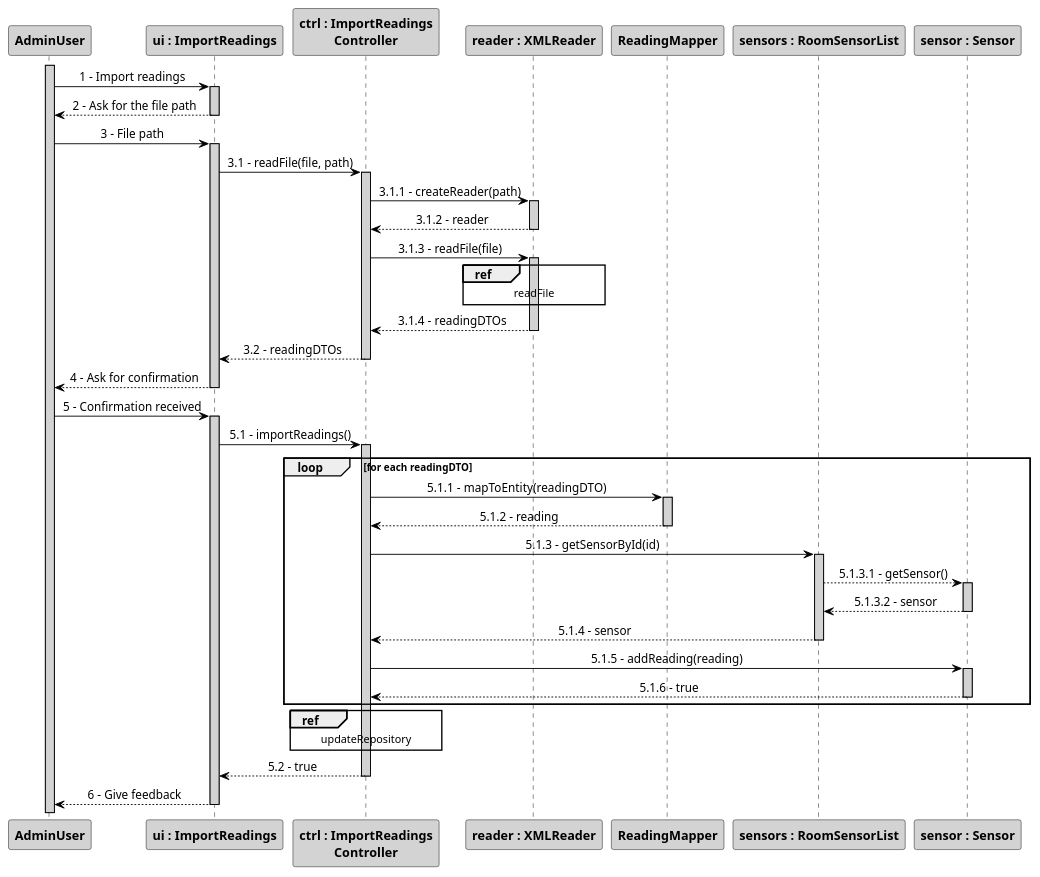
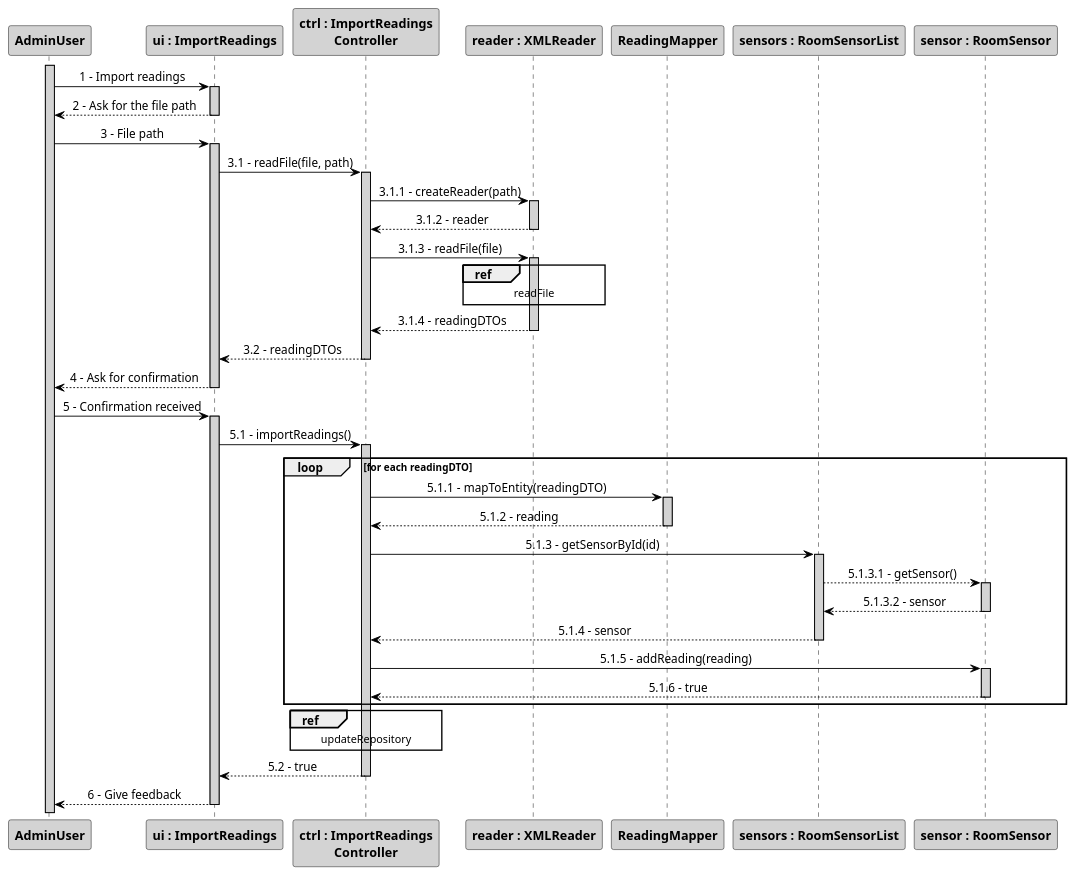
The diagram in src/main/java/pt/ipp/isep/dei/project/controllers/importreadingsfromcsvcontroller/SD_ImportReadingsRoomSensors.puml (1181687/hateoasToy), drawn with PlantUML before and after one commit. The commit also changed 1 other file, not shown here.

Commit message:
Address #163. Changes to the diagrams.

```diff
--- a/src/main/java/pt/ipp/isep/dei/project/controllers/importreadingsfromcsvcontroller/SD_ImportReadingsRoomSensors.puml
+++ b/src/main/java/pt/ipp/isep/dei/project/controllers/importreadingsfromcsvcontroller/SD_ImportReadingsRoomSensors.puml
@@ -1,76 +1,76 @@
 @startuml
 skinparam sequenceMessageAlign center
 skinparam sequence {
 	ArrowColor Black
 	ActorBorderColor DarkBlue
 	LifeLineBorderColor black
 	LifeLineBackgroundColor LightGrey
 
 	ParticipantBorderColor Black
 	ParticipantBackgroundColor LightGrey
 	ParticipantFontStyle Bold
 
 	ActorBackgroundColor DimGrey
 	ActorFontColor DeepSkyBlue
 	ActorFontStyle Bold
 	ActorFontSize 17
 	ActorFontName Aapex
 }
 
 activate AdminUser
 actor AdminUser
 
 AdminUser -> "ui : ImportReadings":1 - Import readings
 activate "ui : ImportReadings"
 "ui : ImportReadings" --> AdminUser: 2 - Ask for the file path
 deactivate "ui : ImportReadings"
 AdminUser -> "ui : ImportReadings": 3 - File path
 activate "ui : ImportReadings"
 "ui : ImportReadings" -> "ctrl : ImportReadings\nController": 3.1 - readFile(file, path)
 activate "ctrl : ImportReadings\nController"
 "ctrl : ImportReadings\nController" -> "reader : XMLReader": 3.1.1 - createReader(path)
 activate "reader : XMLReader"
 "reader : XMLReader" --> "ctrl : ImportReadings\nController": 3.1.2 - reader
 deactivate "reader : XMLReader"
 "ctrl : ImportReadings\nController" -> "reader : XMLReader": 3.1.3 - readFile(file)
 activate "reader : XMLReader"
 ref over "reader : XMLReader"
 readFile
 end
 "reader : XMLReader" --> "ctrl : ImportReadings\nController": 3.1.4 - readingDTOs
 deactivate "reader : XMLReader"
 "ctrl : ImportReadings\nController" --> "ui : ImportReadings": 3.2 - readingDTOs
 deactivate "ctrl : ImportReadings\nController"
 "ui : ImportReadings" --> AdminUser: 4 - Ask for confirmation
 deactivate "ui : ImportReadings"
 AdminUser -> "ui : ImportReadings": 5 - Confirmation received
 activate "ui : ImportReadings"
 "ui : ImportReadings" -> "ctrl : ImportReadings\nController": 5.1 - importReadings()
 activate "ctrl : ImportReadings\nController"
 loop for each readingDTO
 "ctrl : ImportReadings\nController" -> ReadingMapper: 5.1.1 - mapToEntity(readingDTO)
 activate ReadingMapper
 ReadingMapper --> "ctrl : ImportReadings\nController": 5.1.2 - reading
 deactivate ReadingMapper
 "ctrl : ImportReadings\nController" -> "sensors : RoomSensorList": 5.1.3 - getSensorById(id)
 activate "sensors : RoomSensorList"
-"sensors : RoomSensorList" --> "sensor : Sensor": 5.1.3.1 - getSensor()
-activate "sensor : Sensor"
-"sensor : Sensor" --> "sensors : RoomSensorList": 5.1.3.2 - sensor
-deactivate "sensor : Sensor"
+"sensors : RoomSensorList" --> "sensor : RoomSensor": 5.1.3.1 - getSensor()
+activate "sensor : RoomSensor"
+"sensor : RoomSensor" --> "sensors : RoomSensorList": 5.1.3.2 - sensor
+deactivate "sensor : RoomSensor"
 "sensors : RoomSensorList" --> "ctrl : ImportReadings\nController": 5.1.4 - sensor
 deactivate "sensors : RoomSensorList"
-"ctrl : ImportReadings\nController" -> "sensor : Sensor": 5.1.5 - addReading(reading)
-activate "sensor : Sensor"
-"sensor : Sensor" --> "ctrl : ImportReadings\nController": 5.1.6 - true
-deactivate "sensor : Sensor"
+"ctrl : ImportReadings\nController" -> "sensor : RoomSensor": 5.1.5 - addReading(reading)
+activate "sensor : RoomSensor"
+"sensor : RoomSensor" --> "ctrl : ImportReadings\nController": 5.1.6 - true
+deactivate "sensor : RoomSensor"
 end loop
 ref over "ctrl : ImportReadings\nController"
 updateRepository
 end
 "ctrl : ImportReadings\nController" --> "ui : ImportReadings": 5.2 - true
 deactivate "ctrl : ImportReadings\nController"
 "ui : ImportReadings" --> AdminUser: 6 - Give feedback
 deactivate "ui : ImportReadings"
 
 @enduml
```
